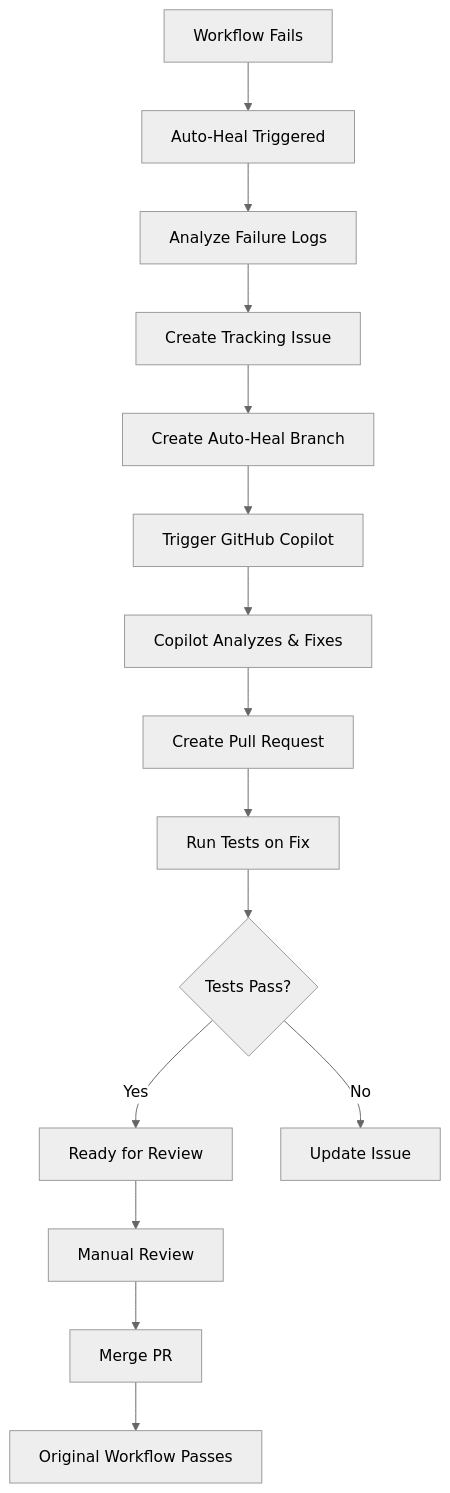
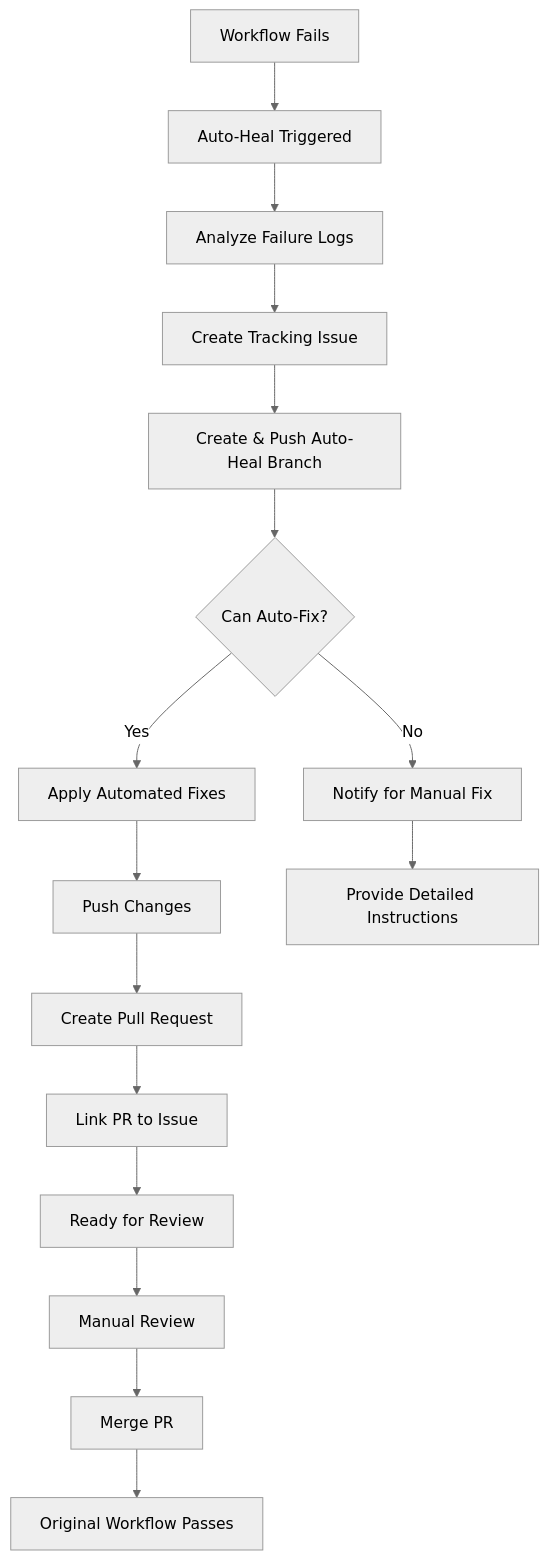
Before and after one commit to endomorphosis/ipfs_accelerate_py: the diagram in .github/AUTO_HEAL_README.md, drawn with Mermaid (neutral theme). The commit also changed other lines of this file, not shown here.

First line of the commit message:
Update documentation to reflect actual auto-healing capabilities

````diff
--- a/.github/AUTO_HEAL_README.md
+++ b/.github/AUTO_HEAL_README.md
@@ -19,17 +20,18 @@
 ```mermaid
 graph TD
     A[Workflow Fails] --> B[Auto-Heal Triggered]
     B --> C[Analyze Failure Logs]
     C --> D[Create Tracking Issue]
-    D --> E[Create Auto-Heal Branch]
-    E --> F[Trigger GitHub Copilot]
-    F --> G[Copilot Analyzes & Fixes]
-    G --> H[Create Pull Request]
-    H --> I[Run Tests on Fix]
-    I --> J{Tests Pass?}
-    J -->|Yes| K[Ready for Review]
-    J -->|No| L[Update Issue]
-    K --> M[Manual Review]
-    M --> N[Merge PR]
-    N --> O[Original Workflow Passes]
+    D --> E[Create & Push Auto-Heal Branch]
+    E --> F{Can Auto-Fix?}
+    F -->|Yes| G[Apply Automated Fixes]
+    G --> H[Push Changes]
+    H --> I[Create Pull Request]
+    I --> J[Link PR to Issue]
+    J --> K[Ready for Review]
+    F -->|No| L[Notify for Manual Fix]
+    L --> M[Provide Detailed Instructions]
+    K --> N[Manual Review]
+    N --> O[Merge PR]
+    O --> P[Original Workflow Passes]
 ```
````
